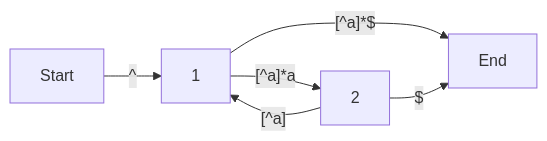
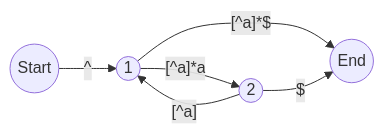
Before and after one commit to tdzl2003/leetcode_live: the seventh of 11 diagrams in regexp/20220102.md, drawn with Mermaid. The commit also changed other lines of this file, not shown here.

Commit message:
DFA用圆形图示

````diff
--- a/regexp/20220102.md
+++ b/regexp/20220102.md
@@ -53,8 +75,12 @@
 ```mermaid
 graph LR
-  Start -- ^ --> 1
-  1 -- "[^a]*a" --> 2
-  2 -- "[^a]" --> 1
-  1 -- "[^a]*$" --> End
-  2 -- $ --> End
+    Start((Start))
+    1((1))
+    2((2))
+    End((End))
+    Start -- ^ --> 1
+    1 -- "[^a]*a" --> 2
+    2 -- "[^a]" --> 1
+    1 -- "[^a]*$" --> End
+    2 -- $ --> End
 ```
````
